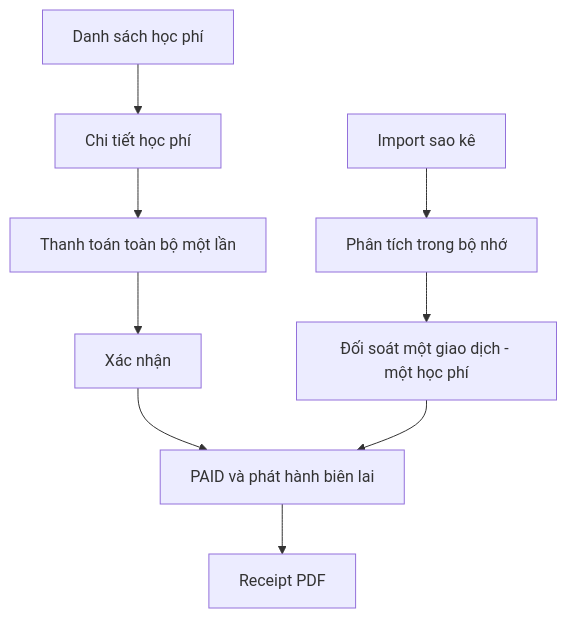
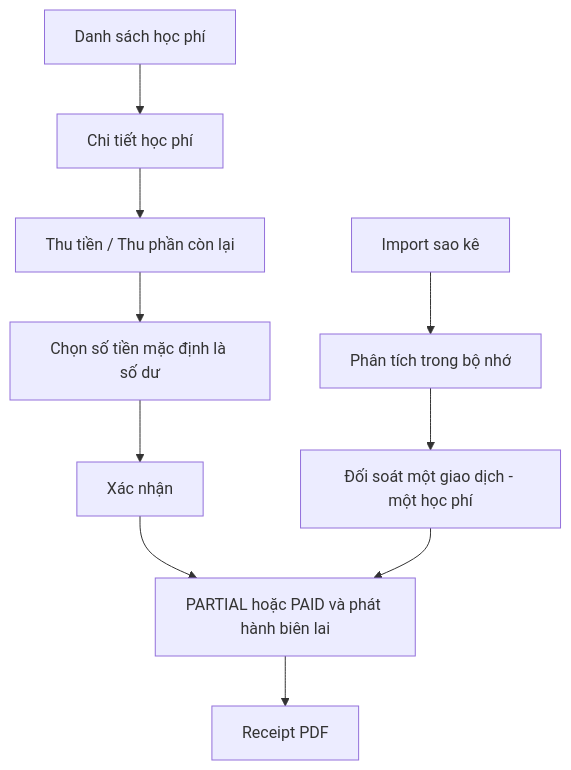
The diagram in docs/tuition/ui/navigation-flow.md (mh-thuy/edu), drawn with Mermaid before and after one commit. The commit also changed other lines of this file and 36 other files, not shown here.

````diff
--- a/docs/tuition/ui/navigation-flow.md
+++ b/docs/tuition/ui/navigation-flow.md
@@ -3,11 +3,12 @@
 ```mermaid
 flowchart TD
   A[Danh sách học phí] --> B[Chi tiết học phí]
-  B --> C[Thanh toán toàn bộ một lần]
-  C --> D[Xác nhận]
-  D --> E[PAID và phát hành biên lai]
-  F[Import sao kê] --> G[Phân tích trong bộ nhớ]
-  G --> H[Đối soát một giao dịch - một học phí]
-  H --> E
-  E --> I[Receipt PDF]
+  B --> C[Thu tiền / Thu phần còn lại]
+  C --> D[Chọn số tiền mặc định là số dư]
+  D --> E[Xác nhận]
+  E --> F[PARTIAL hoặc PAID và phát hành biên lai]
+  J[Import sao kê] --> K[Phân tích trong bộ nhớ]
+  K --> L[Đối soát một giao dịch - một học phí]
+  L --> F
+  F --> I[Receipt PDF]
 ```
````
